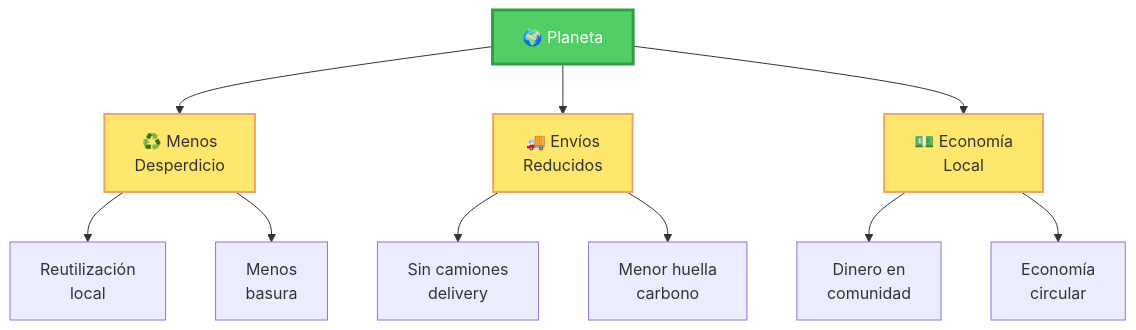
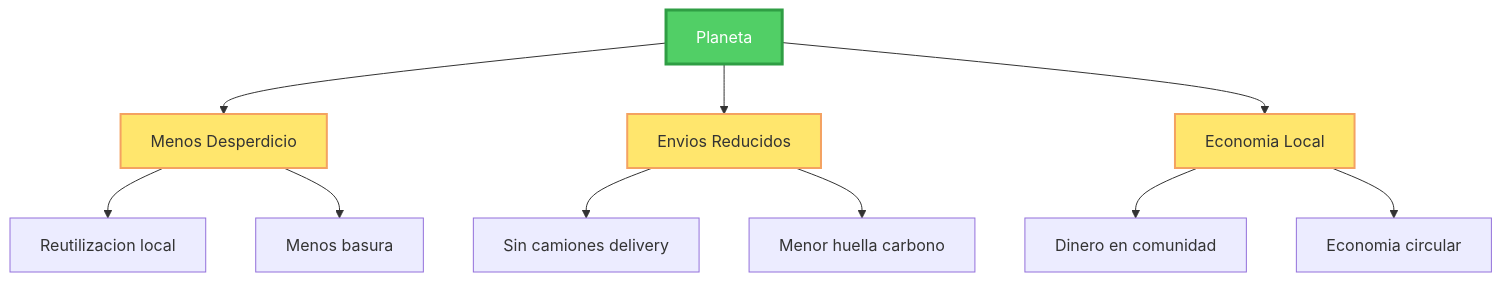
One commit to softv2ware/condomarket.api changed the ninth of 25 diagrams in app.spanish.md. Above: the diagram before and after it, drawn with Mermaid. The commit also changed other lines of this file, not shown here.

````diff
--- a/app.spanish.md
+++ b/app.spanish.md
@@ -486,21 +490,21 @@
 ```mermaid
 graph TB
-    M[🌍 Planeta]
-    M --> E1[♻️ Menos<br/>Desperdicio]
-    M --> E2[🚚 Envíos<br/>Reducidos]
-    M --> E3[💵 Economía<br/>Local]
+    M[Planeta]
+    M --> E1[Menos Desperdicio]
+    M --> E2[Envios Reducidos]
+    M --> E3[Economia Local]
     
-    E1 --> E1A[Reutilización<br/>local]
-    E1 --> E1B[Menos<br/>basura]
+    E1 --> E1A[Reutilizacion local]
+    E1 --> E1B[Menos basura]
     
-    E2 --> E2A[Sin camiones<br/>delivery]
-    E2 --> E2B[Menor huella<br/>carbono]
+    E2 --> E2A[Sin camiones delivery]
+    E2 --> E2B[Menor huella carbono]
     
-    E3 --> E3A[Dinero en<br/>comunidad]
-    E3 --> E3B[Economía<br/>circular]
+    E3 --> E3A[Dinero en comunidad]
+    E3 --> E3B[Economia circular]
     
     style M fill:#51CF66,stroke:#2F9E44,stroke-width:3px,color:#fff
     style E1 fill:#FFE66D,stroke:#F4A261,stroke-width:2px
     style E2 fill:#FFE66D,stroke:#F4A261,stroke-width:2px
     style E3 fill:#FFE66D,stroke:#F4A261,stroke-width:2px
 ```
````
